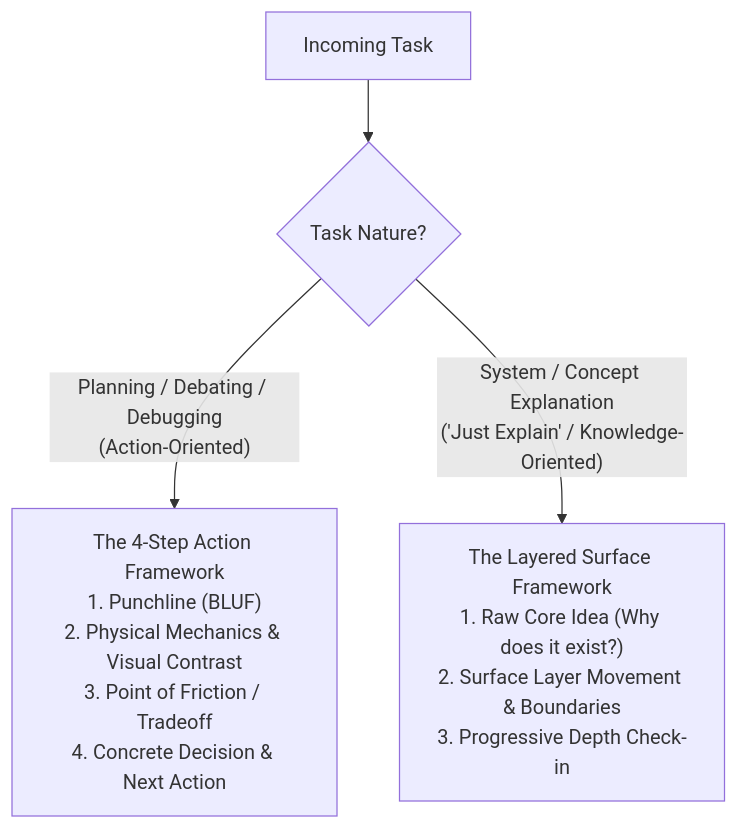
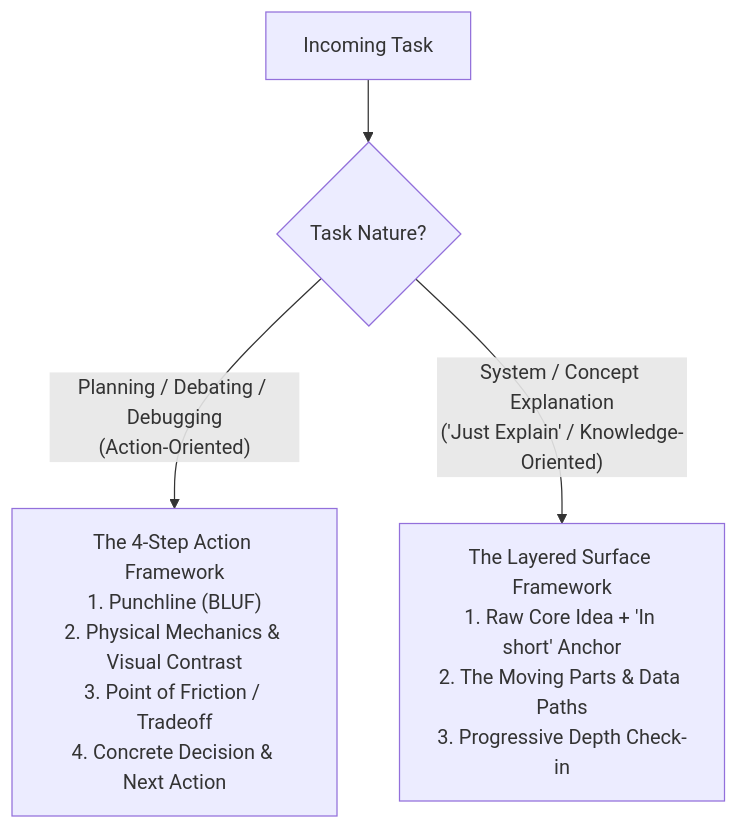
Before and after one commit to loerei/myskills: the diagram in productivity/your-co-engineer-for-this-jet-engine-is-an-infant/SKILL.md, drawn with Mermaid. The commit also changed other lines of this file and 1 other file, not shown here.

Commit message:
docs(jet-engine-infant): clean bracket-free In short cognitive anchors

````diff
--- a/productivity/your-co-engineer-for-this-jet-engine-is-an-infant/SKILL.md
+++ b/productivity/your-co-engineer-for-this-jet-engine-is-an-infant/SKILL.md
@@ -22,8 +25,8 @@
 ```mermaid
 flowchart TD
     Task["Incoming Task"] --> TaskType{"Task Nature?"}
     
     TaskType -->|"Planning / Debating / Debugging<br/>(Action-Oriented)"| Framework4["The 4-Step Action Framework<br/>1. Punchline (BLUF)<br/>2. Physical Mechanics & Visual Contrast<br/>3. Point of Friction / Tradeoff<br/>4. Concrete Decision & Next Action"]
     
-    TaskType -->|"System / Concept Explanation<br/>('Just Explain' / Knowledge-Oriented)"| Framework3["The Layered Surface Framework<br/>1. Raw Core Idea (Why does it exist?)<br/>2. Surface Layer Movement & Boundaries<br/>3. Progressive Depth Check-in"]
+    TaskType -->|"System / Concept Explanation<br/>('Just Explain' / Knowledge-Oriented)"| Framework3["The Layered Surface Framework<br/>1. Raw Core Idea + 'In short' Anchor<br/>2. The Moving Parts & Data Paths<br/>3. Progressive Depth Check-in"]
 ```
````
